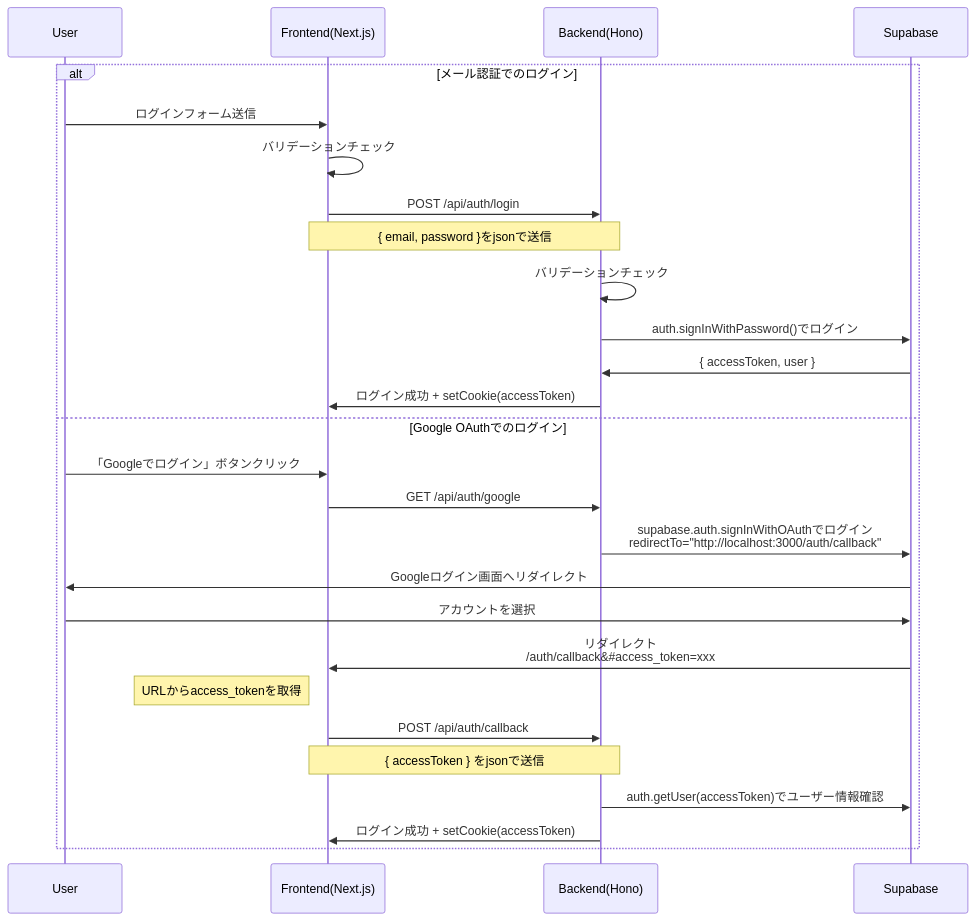
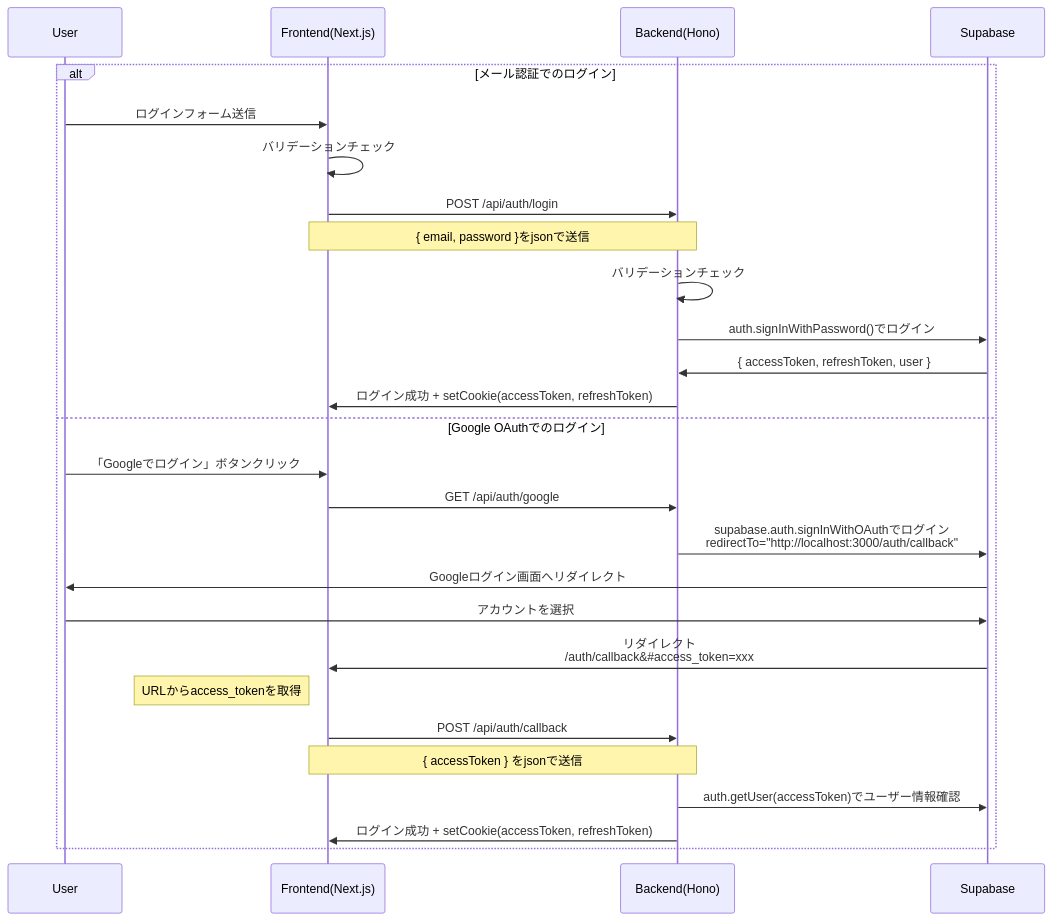
Before and after one commit to Takuya0202/foodsnap: the second of 5 diagrams in docs/station3/doc.md, drawn with Mermaid. The commit also changed other lines of this file and 1 other file, not shown here.

````diff
--- a/docs/station3/doc.md
+++ b/docs/station3/doc.md
@@ -87,32 +87,32 @@
 ```mermaid
 sequenceDiagram
   participant U as User
   participant F as Frontend(Next.js)
   participant B as Backend(Hono)
   participant DB as Supabase
 
   alt メール認証でのログイン
     U->>F: ログインフォーム送信
     F->>F: バリデーションチェック
     F->>B: POST /api/auth/login
     Note over F,B: { email, password }をjsonで送信
     
     B->>B: バリデーションチェック
     B->>DB: auth.signInWithPassword()でログイン
-    DB->>B: { accessToken, user }
-    B->>F: ログイン成功 + setCookie(accessToken)
+    DB->>B: { accessToken, refreshToken, user }
+    B->>F: ログイン成功 + setCookie(accessToken, refreshToken)
     
   else Google OAuthでのログイン
     U->>F: 「Googleでログイン」ボタンクリック
     F->>B: GET /api/auth/google
     B->>DB: supabase.auth.signInWithOAuthでログイン<br/>redirectTo="http://localhost:3000/auth/callback"
     DB->>U: Googleログイン画面へリダイレクト
     U->>DB: アカウントを選択
     DB->>F: リダイレクト<br/>/auth/callback&#35;access_token=xxx
     Note left of F: URLからaccess_tokenを取得
     F->>B: POST /api/auth/callback
     Note over F,B: { accessToken } をjsonで送信
     B->>DB: auth.getUser(accessToken)でユーザー情報確認
-    B->>F: ログイン成功 + setCookie(accessToken)
+    B->>F: ログイン成功 + setCookie(accessToken, refreshToken)
   end
 ```
````
